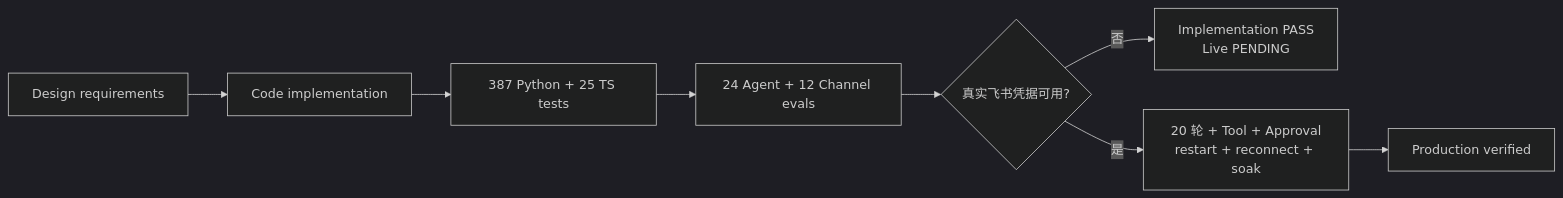
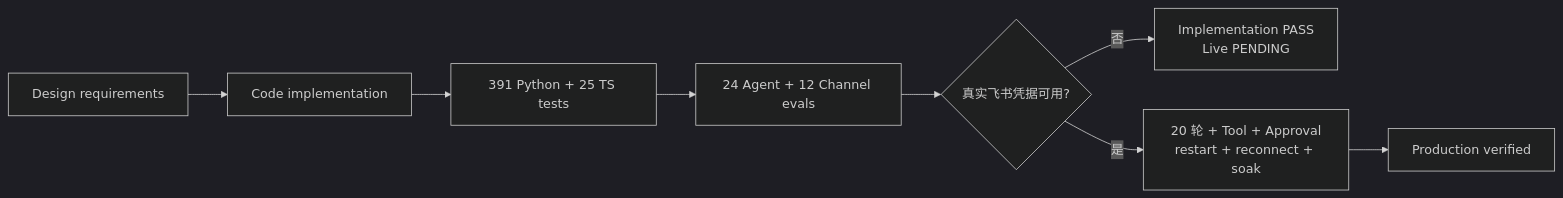
One commit to NEDONION/lobster0 changed the first of 2 diagrams in docs/engineering/phase-4/completion-audit.md. Above: the diagram before and after it, drawn with Mermaid (dark theme). The commit also changed other lines of this file and 20 other files, not shown here.

````diff
--- a/docs/engineering/phase-4/completion-audit.md
+++ b/docs/engineering/phase-4/completion-audit.md
@@ -18,10 +18,10 @@
 ```mermaid
 flowchart LR
     D["Design requirements"] --> C["Code implementation"]
-    C --> U["387 Python + 25 TS tests"]
+    C --> U["391 Python + 25 TS tests"]
     U --> E["24 Agent + 12 Channel evals"]
     E --> L{"真实飞书凭据可用?"}
     L -->|"否"| P["Implementation PASS\nLive PENDING"]
     L -->|"是"| R["20 轮 + Tool + Approval\nrestart + reconnect + soak"]
     R --> X["Production verified"]
 ```
````
